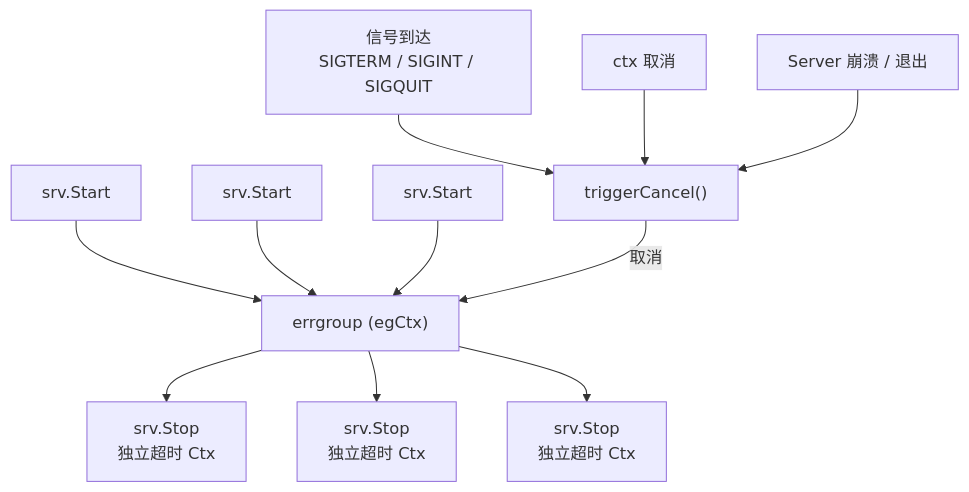
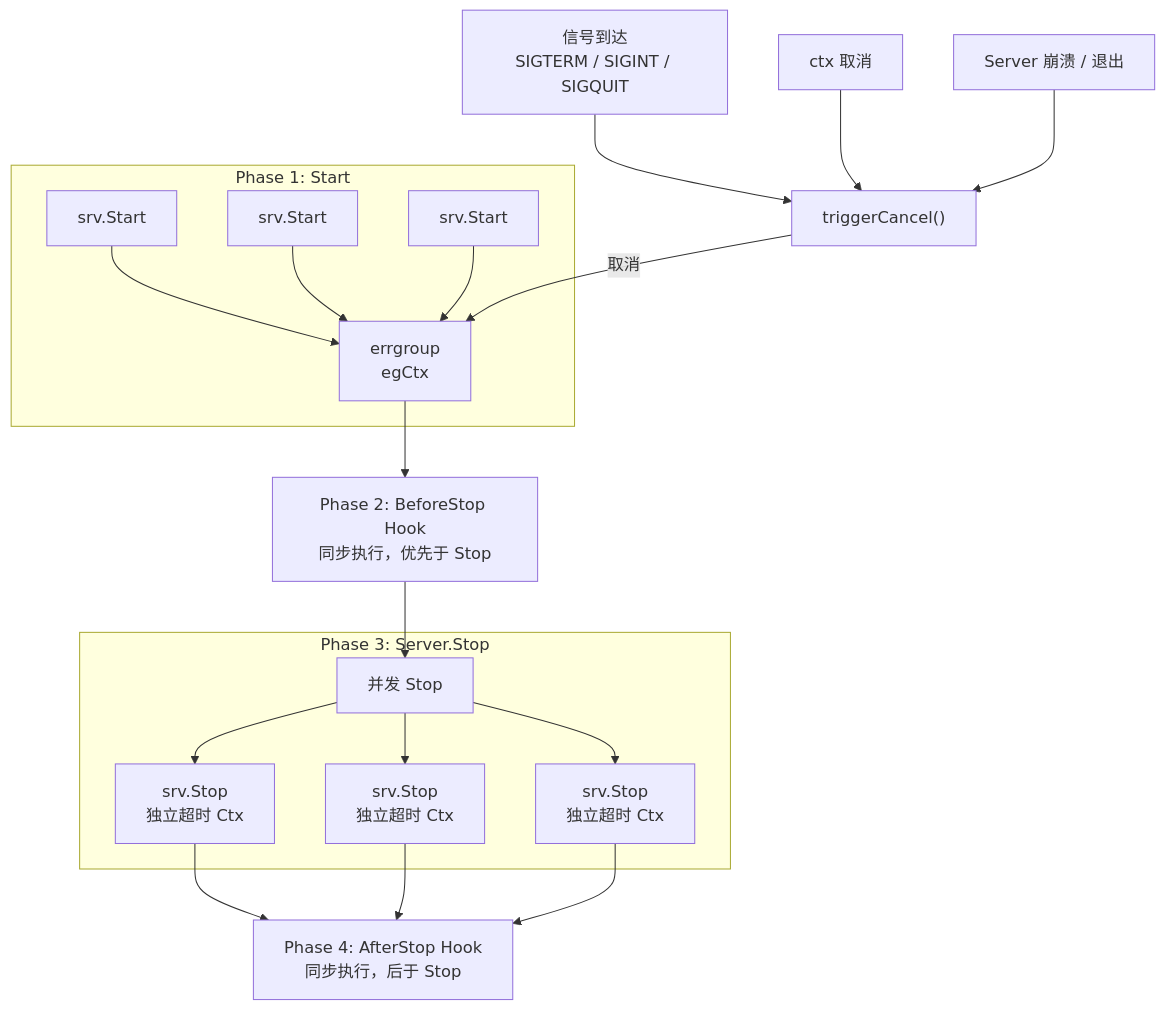
The second of 2 diagrams in README.md (tx7do/go-wind), drawn with Mermaid before and after one commit. The commit also changed other lines of this file and 19 other files, not shown here.

````diff
--- a/README.md
+++ b/README.md
@@ -224,17 +215,28 @@
 ```mermaid
 graph TB
-    S1["srv.Start"] --> EG
-    S2["srv.Start"] --> EG
-    S3["srv.Start"] --> EG
-    EG["errgroup (egCtx)"]
+    subgraph Phase 1: Start
+        S1["srv.Start"] --> EG
+        S2["srv.Start"] --> EG
+        S3["srv.Start"] --> EG
+    end
 
     SIG["信号到达<br/>SIGTERM / SIGINT / SIGQUIT"] --> TC
     CTX["ctx 取消"] --> TC
     CRASH["Server 崩溃 / 退出"] --> TC
 
-    TC["triggerCancel()"] -->|"取消"| EG
+    TC["triggerCancel()"] -->|"取消"| EG["errgroup<br/>egCtx"]
 
-    EG --> Stop1["srv.Stop<br/>独立超时 Ctx"]
-    EG --> Stop2["srv.Stop<br/>独立超时 Ctx"]
-    EG --> Stop3["srv.Stop<br/>独立超时 Ctx"]
+    EG --> P2["Phase 2: BeforeStop Hook<br/>同步执行，优先于 Stop"]
+    P2 --> P3
+
+    subgraph Phase 3: Server.Stop
+        P3["并发 Stop"]
+        P3 --> Stop1["srv.Stop<br/>独立超时 Ctx"]
+        P3 --> Stop2["srv.Stop<br/>独立超时 Ctx"]
+        P3 --> Stop3["srv.Stop<br/>独立超时 Ctx"]
+    end
+
+    Stop1 --> P4["Phase 4: AfterStop Hook<br/>同步执行，后于 Stop"]
+    Stop2 --> P4
+    Stop3 --> P4
 ```
````
